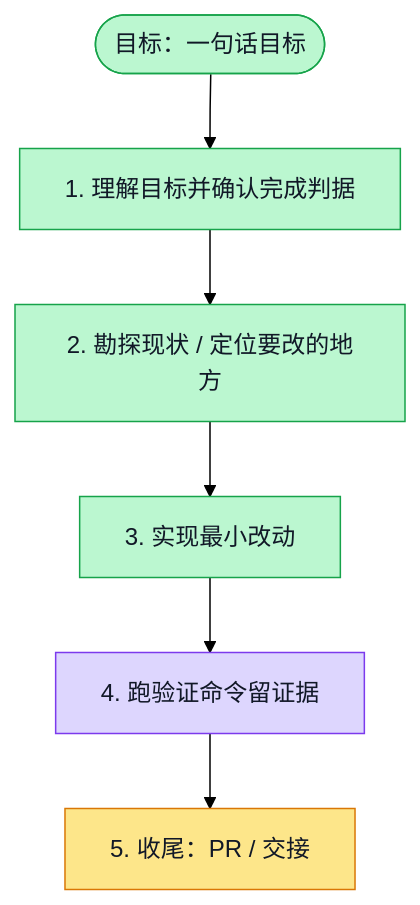
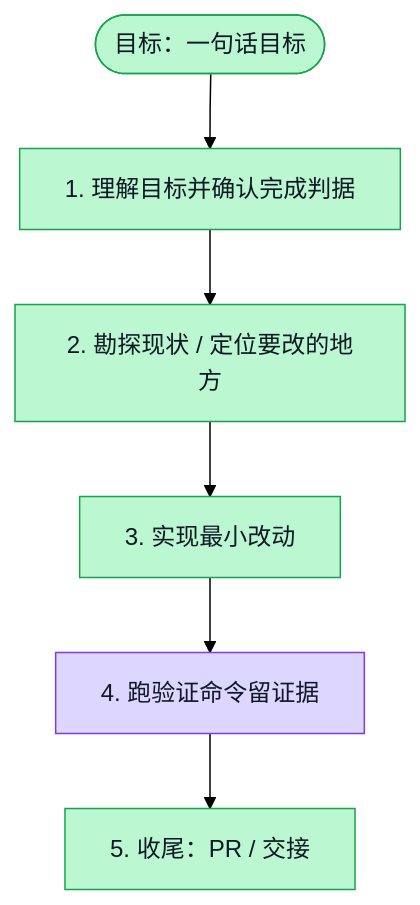
Before and after one commit to boardx/workspacex: the diagram in docs/superpowers/plans/2026-10-28-sandbox-capacity.md, drawn with Mermaid (forest theme).

Commit message:
docs(sandbox): record completed PR handoff step

````diff
--- a/docs/superpowers/plans/2026-10-28-sandbox-capacity.md
+++ b/docs/superpowers/plans/2026-10-28-sandbox-capacity.md
@@ -17,25 +17,25 @@
 ```mermaid
 flowchart TD
   G([目标：一句话目标])
   S1[1. 理解目标并确认完成判据]
   S2[2. 勘探现状 / 定位要改的地方]
   S3[3. 实现最小改动]
   S4[4. 跑验证命令留证据]
   S5[5. 收尾：PR / 交接]
 
   G --> S1 --> S2 --> S3 --> S4 --> S5
 
   classDef todo fill:#e5e7eb,stroke:#6b7280,color:#111827
   classDef doing fill:#fde68a,stroke:#d97706,color:#111827
   classDef done fill:#bbf7d0,stroke:#16a34a,color:#111827
   classDef tested fill:#ddd6fe,stroke:#7c3aed,color:#111827
   classDef blocked fill:#fecaca,stroke:#dc2626,color:#111827
 
   class G done
   class S1 done
   class S2 done
   class S3 done
   class S4 tested
   %% evidence S4: sandbox serial: 25 files / 109 passed / 1 existing skip; contracts 1240 passed; isolated PG 30+3 passed; capacity HTTP real PID cleanup passed; docs/evidence/sandbox-capacity-5966/README.md
-  class S5 doing
+  class S5 done
 ```
````
